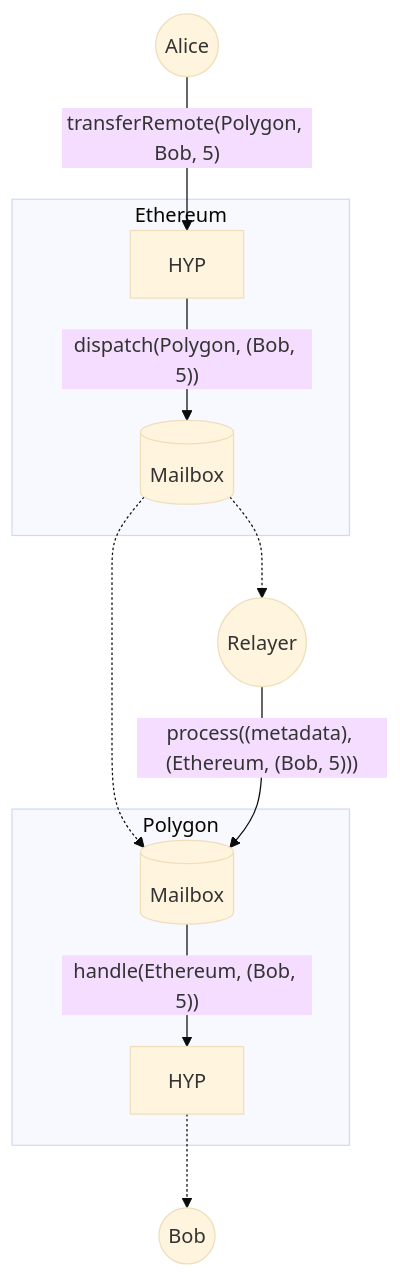
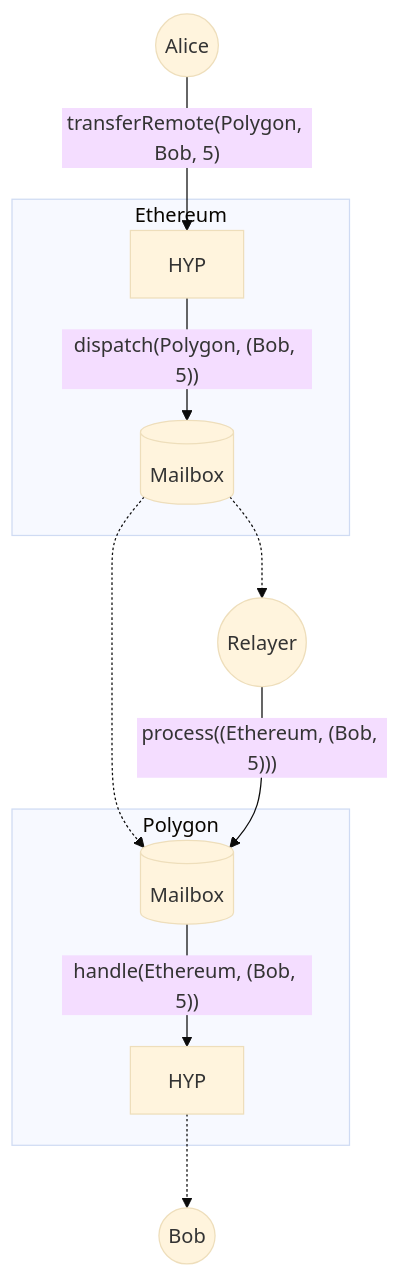
The diagram in README.md (hyperlane-xyz/hyperlane-token), drawn with Mermaid before and after one commit.

````diff
--- a/README.md
+++ b/README.md
@@ -5,26 +5,26 @@
 ```mermaid
 %%{init: {'theme':'base'}}%%
 graph TB
     Alice((Alice))
     Relayer((Relayer))
 
     subgraph "Ethereum"
         HYP_E[HYP]
         M_E[(Mailbox)]
     end
 
     subgraph "Polygon"
         HYP_P[HYP]
         M_P[(Mailbox)]
     end
 
     Bob((Bob))
 
     Alice -- "transferRemote(Polygon, Bob, 5)" --> HYP_E
     HYP_E -- "dispatch(Polygon, (Bob, 5))" --> M_E
     M_E-.->Relayer
     M_E-.->M_P
-    Relayer -- "process((metadata), (Ethereum, (Bob, 5)))" --> M_P
+    Relayer -- "process((Ethereum, (Bob, 5)))" --> M_P
     M_P-->|"handle(Ethereum, (Bob, 5))"|HYP_P
     HYP_P-.->Bob
 ```
````
